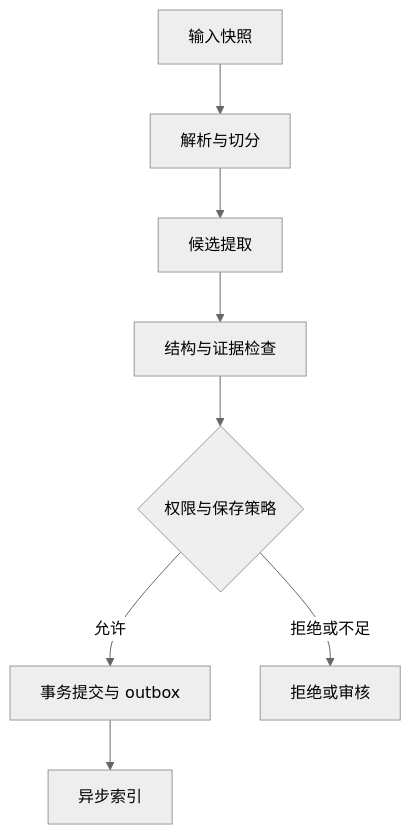
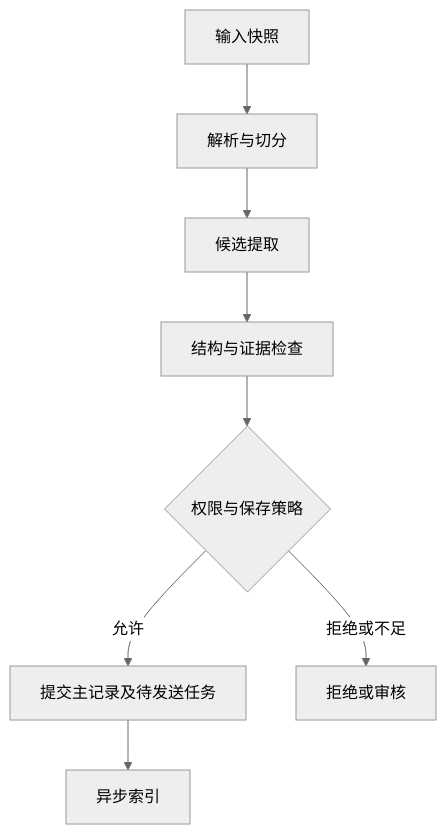
One commit to Jin-sjh/ai-knowledge-memory-infrastructure changed the diagram in docs/03-formation/README.md. Above: the diagram before and after it, drawn with Mermaid (neutral theme). The commit also changed other lines of this file and 16 other files, not shown here.

````diff
--- a/docs/03-formation/README.md
+++ b/docs/03-formation/README.md
@@ -26,10 +26,10 @@
 ```mermaid
 flowchart TD
  Input[输入快照] --> Parse[解析与切分]
  Parse --> Extract[候选提取]
  Extract --> Verify[结构与证据检查]
  Verify --> Policy{权限与保存策略}
- Policy -->|允许| Commit[事务提交与 outbox]
+ Policy -->|允许| Commit[提交主记录及待发送任务]
  Policy -->|拒绝或不足| Review[拒绝或审核]
  Commit --> Index[异步索引]
 ```
````
